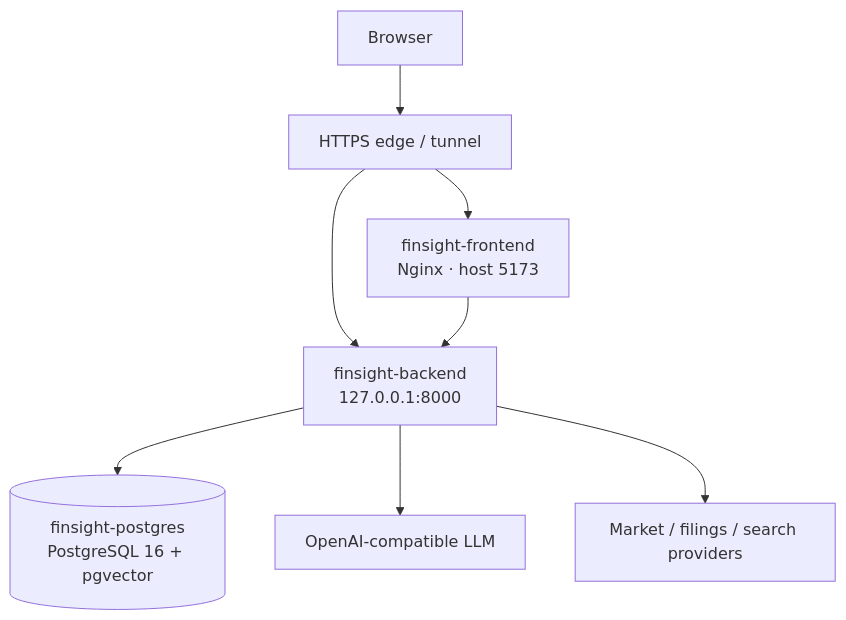
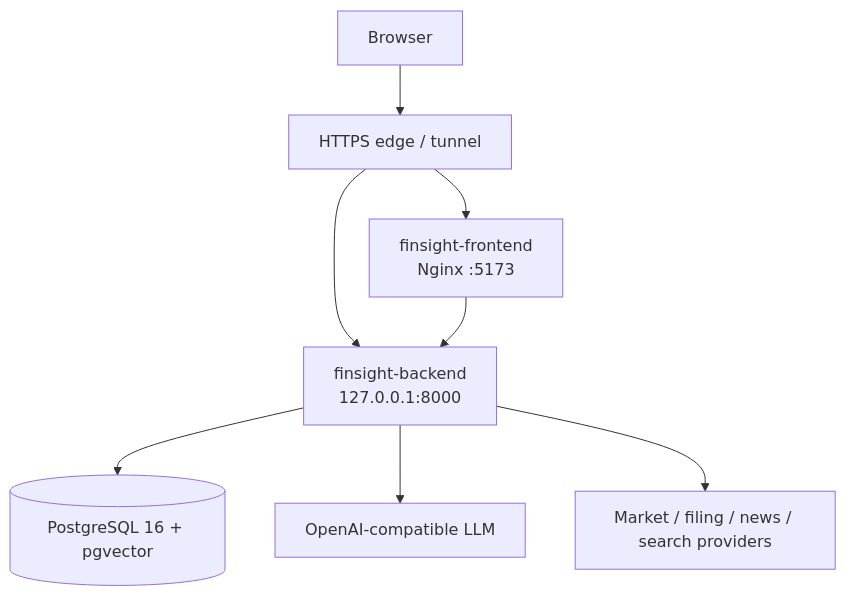
The diagram in docs/11_PRODUCTION_RUNBOOK.md (kkkano/FinSight), drawn with Mermaid before and after one commit. The commit also changed other lines of this file and 565 other files, not shown here.

````diff
--- a/docs/11_PRODUCTION_RUNBOOK.md
+++ b/docs/11_PRODUCTION_RUNBOOK.md
@@ -7,10 +11,10 @@
 ```mermaid
 flowchart TB
     USER[Browser] --> EDGE[HTTPS edge / tunnel]
-    EDGE --> FE[finsight-frontend\nNginx · host 5173]
+    EDGE --> FE[finsight-frontend\nNginx :5173]
     EDGE --> BE[finsight-backend\n127.0.0.1:8000]
     FE --> BE
-    BE --> PG[(finsight-postgres\nPostgreSQL 16 + pgvector)]
+    BE --> PG[(PostgreSQL 16 + pgvector)]
     BE --> LLM[OpenAI-compatible LLM]
-    BE --> DATA[Market / filings / search providers]
+    BE --> DATA[Market / filing / news / search providers]
 ```
````
